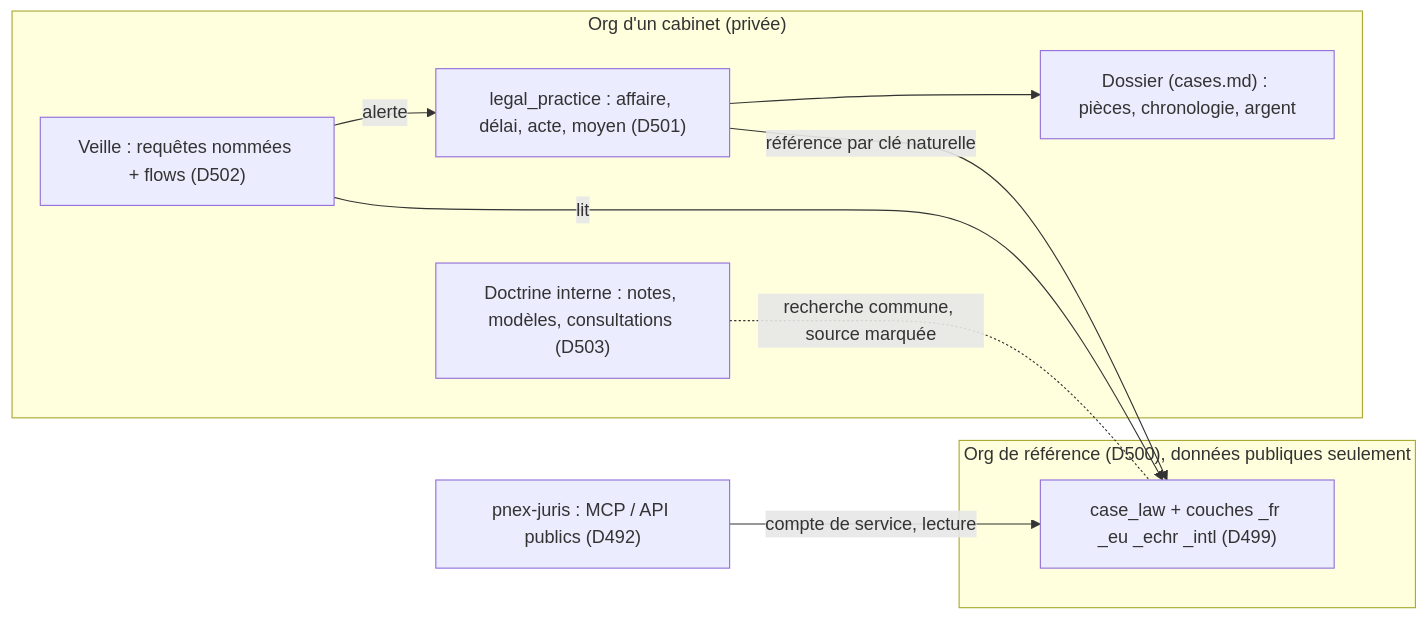
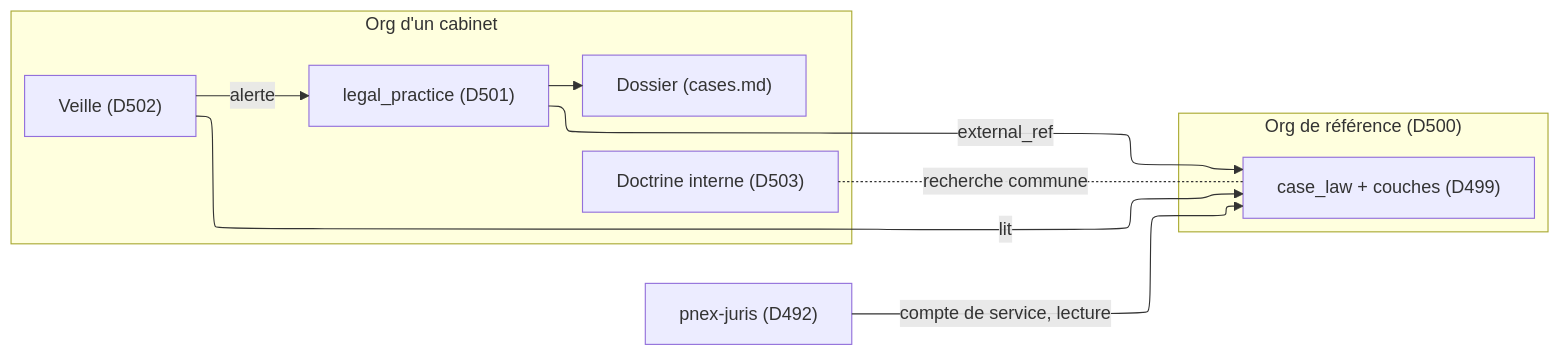
One commit to Pnex/pnex-rs changed the second of 7 diagrams in docs/architecture/legal-research.md. Above: the diagram before and after it, drawn with Mermaid. The commit also changed other lines of this file and 1 other file, not shown here.

First line of the commit message:
docs: rewrite legal-research and mail in STE with diagrams

````diff
--- a/docs/architecture/legal-research.md
+++ b/docs/architecture/legal-research.md
@@ -252,19 +48,23 @@
 ```mermaid
+---
+config:
+  layout: elk
+---
 flowchart LR
-  subgraph REF["Org de référence (D500), données publiques seulement"]
-    C["case_law + couches _fr _eu _echr _intl (D499)"]
+  subgraph REF["Org de référence (D500)"]
+    C["case_law + couches (D499)"]
   end
-  subgraph CAB["Org d'un cabinet (privée)"]
-    P["legal_practice : affaire, délai, acte, moyen (D501)"]
-    K["Dossier (cases.md) : pièces, chronologie, argent"]
-    D["Doctrine interne : notes, modèles, consultations (D503)"]
-    V["Veille : requêtes nommées + flows (D502)"]
+  subgraph CAB["Org d'un cabinet"]
+    P["legal_practice (D501)"]
+    K["Dossier (cases.md)"]
+    D["Doctrine interne (D503)"]
+    V["Veille (D502)"]
   end
-  J["pnex-juris : MCP / API publics (D492)"]
-  P -- "référence par clé naturelle" --> C
+  J["pnex-juris (D492)"]
+  P -- "external_ref" --> C
   P --> K
   V -- "lit" --> C
   V -- "alerte" --> P
-  D -. "recherche commune, source marquée" .- C
+  D -. "recherche commune" .- C
   J -- "compte de service, lecture" --> C
 ```
````
